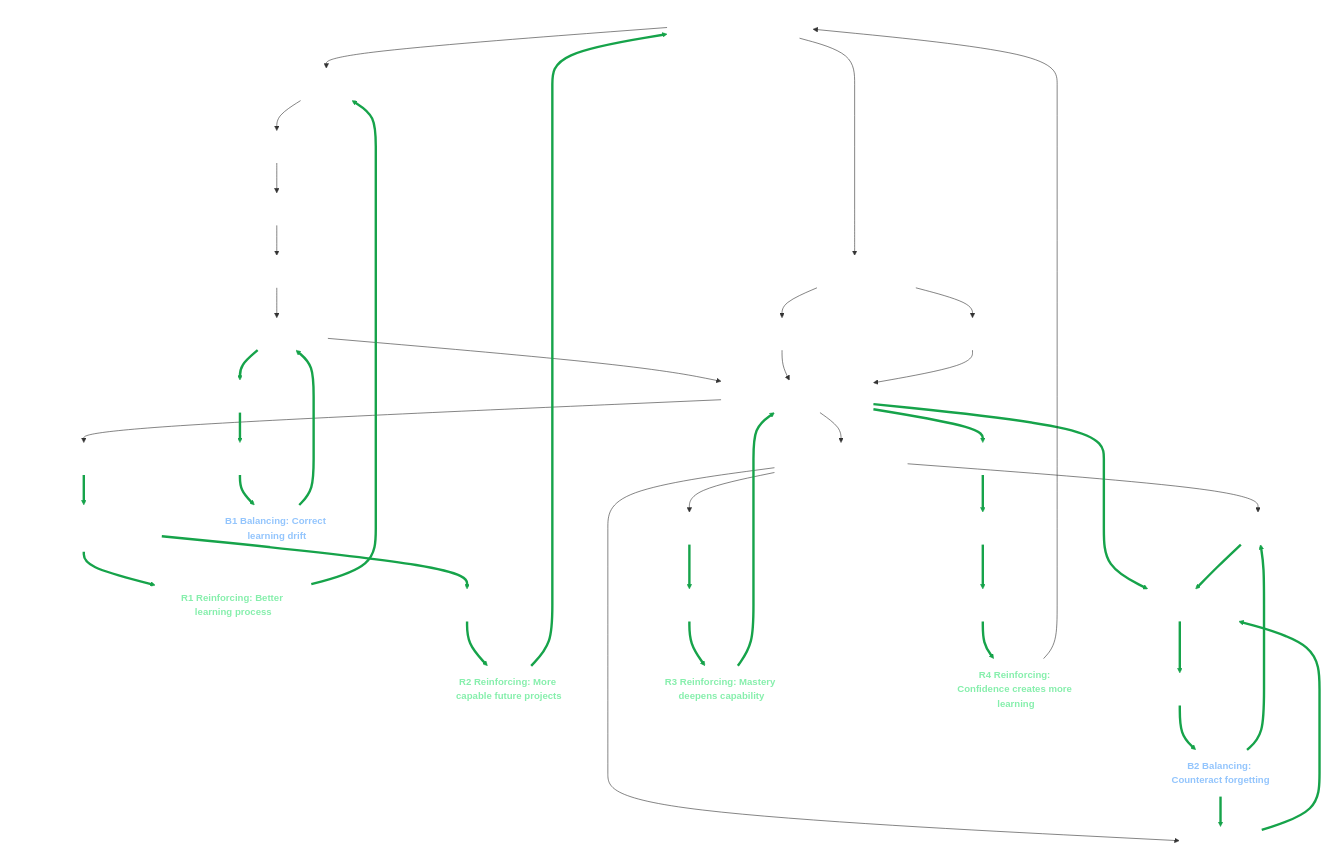
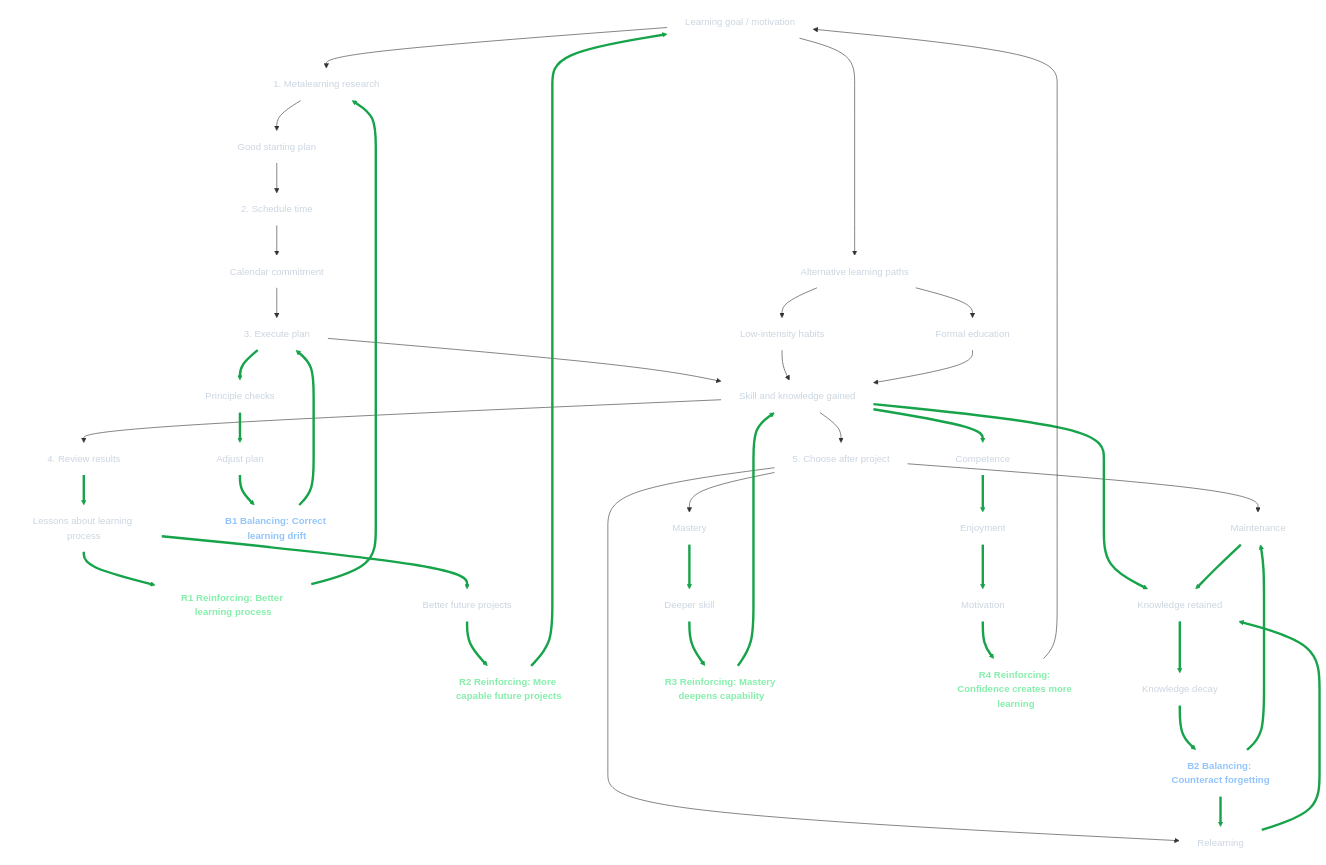
Before and after one commit to koushikvikram/inner_mastery: the first of 4 diagrams in ultralearning/README.md, drawn with Mermaid. The commit also changed other lines of this file, not shown here.

Commit message:
use gray instead of white

```diff
--- a/ultralearning/README.md
+++ b/ultralearning/README.md
@@ -84,7 +84,7 @@
 Z2 --> G
 
 %% TEXT-ONLY NODE STYLING
-classDef textOnly fill:transparent,stroke:transparent,color:#FFFFFF;
+classDef textOnly fill:transparent,stroke:transparent,color:#CBD5E1;
 classDef reinforcing fill:transparent,stroke:transparent,color:#86EFAC,font-weight:bold;
 classDef balancing fill:transparent,stroke:transparent,color:#93C5FD,font-weight:bold;
 
```
